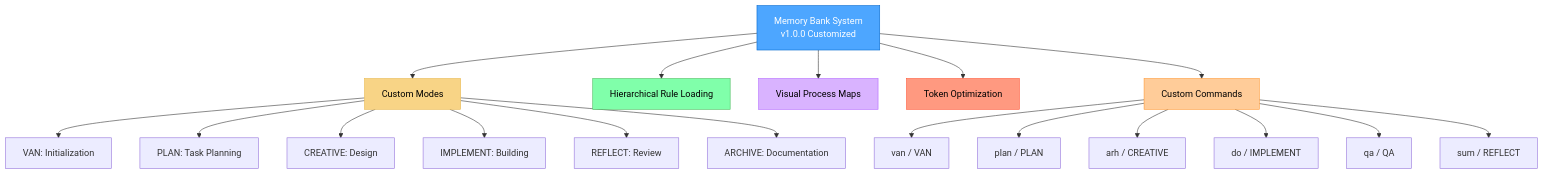
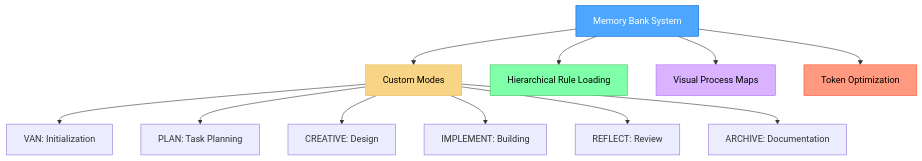
One commit to warking94/macrotrader changed the first of 2 diagrams in README.md. Above: the diagram before and after it, drawn with Mermaid. The commit also changed other lines of this file and 8 other files, not shown here.

````diff
--- a/README.md
+++ b/README.md
@@ -5,29 +5,20 @@
 ```mermaid
 graph TD
-    Main["Memory Bank System<br>v1.0.0 Customized"] --> Modes["Custom Modes"]
+    Main["Memory Bank System"] --> Modes["Custom Modes"]
     Main --> Rules["Hierarchical Rule Loading"]
     Main --> Visual["Visual Process Maps"]
     Main --> Token["Token Optimization"]
-    Main --> Custom["Custom Commands"]
     
     Modes --> VAN["VAN: Initialization"]
     Modes --> PLAN["PLAN: Task Planning"]
     Modes --> CREATIVE["CREATIVE: Design"]
     Modes --> IMPLEMENT["IMPLEMENT: Building"]
     Modes --> REFLECT["REFLECT: Review"]
     Modes --> ARCHIVE["ARCHIVE: Documentation"]
     
-    Custom --> VanCmd["van / VAN"]
-    Custom --> PlanCmd["plan / PLAN"]
-    Custom --> CreativeCmd["arh / CREATIVE"]
-    Custom --> ImplementCmd["do / IMPLEMENT"]
-    Custom --> QACmd["qa / QA"]
-    Custom --> ReflectCmd["sum / REFLECT"]
-    
     style Main fill:#4da6ff,stroke:#0066cc,color:white
     style Modes fill:#f8d486,stroke:#e8b84d,color:black
     style Rules fill:#80ffaa,stroke:#4dbb5f,color:black
     style Visual fill:#d9b3ff,stroke:#b366ff,color:black
     style Token fill:#ff9980,stroke:#ff5533,color:black
-    style Custom fill:#ffcc99,stroke:#ff9933,color:black
 ```
````
